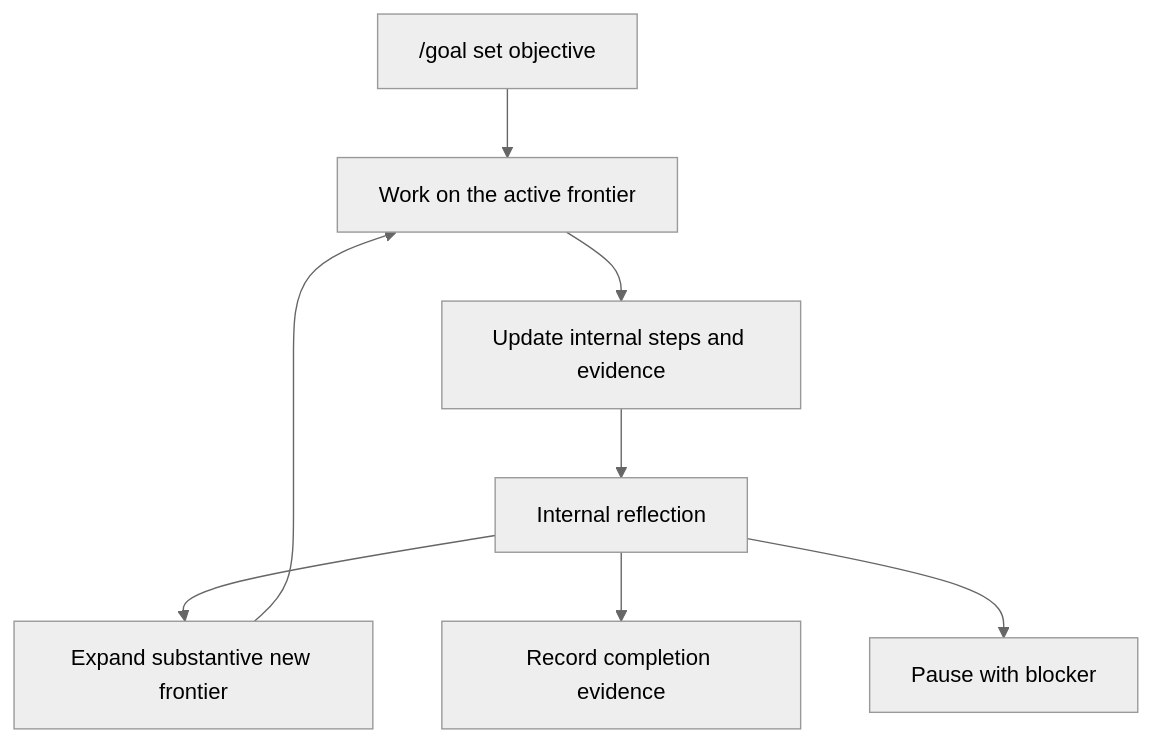
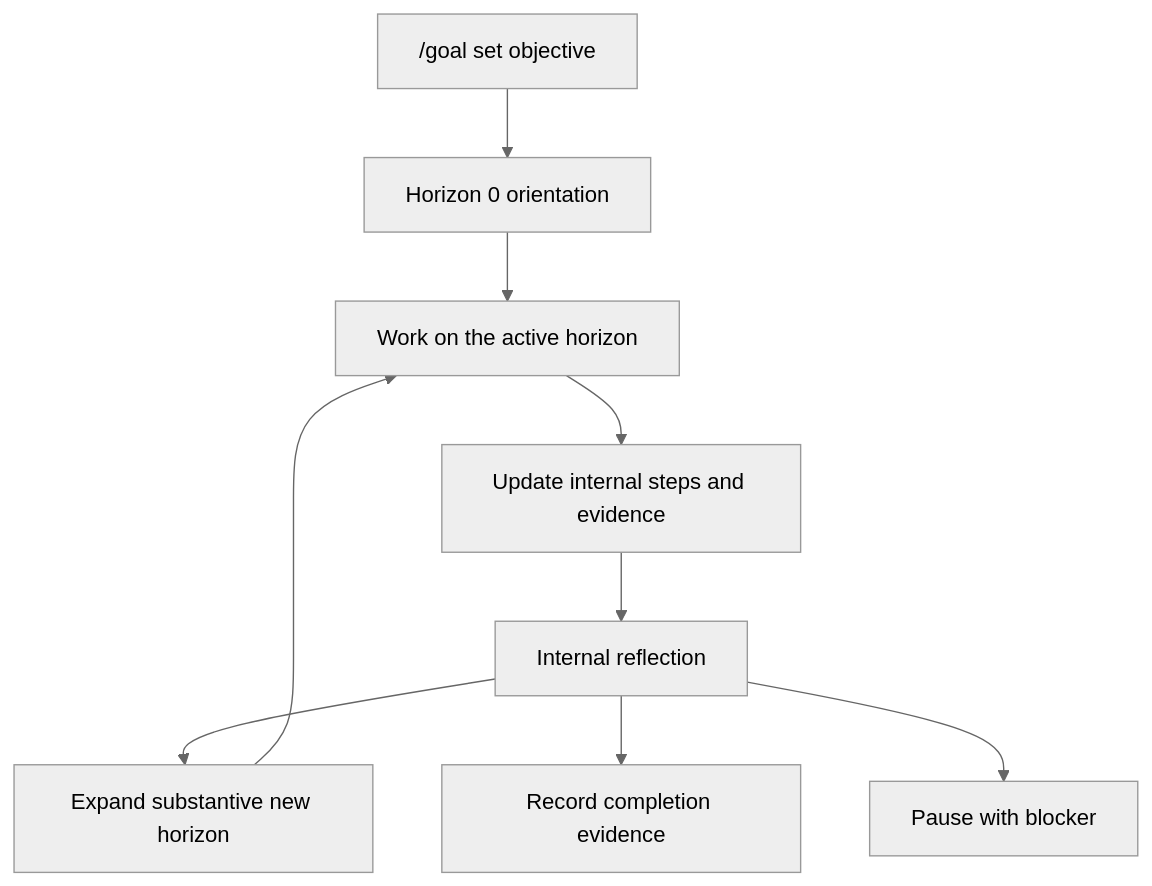
One commit to agentic-in/inferoa changed the diagram in website/docs/workflows/goal-mode.md. Above: the diagram before and after it, drawn with Mermaid (neutral theme). The commit also changed other lines of this file and 19 other files, not shown here.

````diff
--- a/website/docs/workflows/goal-mode.md
+++ b/website/docs/workflows/goal-mode.md
@@ -37,18 +38,20 @@
 ```mermaid
 flowchart TD
   Start["/goal set objective"]
-  Work["Work on the active frontier"]
+  Orient["Horizon 0 orientation"]
+  Work["Work on the active horizon"]
   Update["Update internal steps and evidence"]
   Reflect["Internal reflection"]
-  Expand["Expand substantive new frontier"]
+  Expand["Expand substantive new horizon"]
   Done["Record completion evidence"]
   Blocked["Pause with blocker"]
 
-  Start --> Work
+  Start --> Orient
+  Orient --> Work
   Work --> Update
   Update --> Reflect
   Reflect --> Expand
   Expand --> Work
   Reflect --> Done
   Reflect --> Blocked
 ```
````
